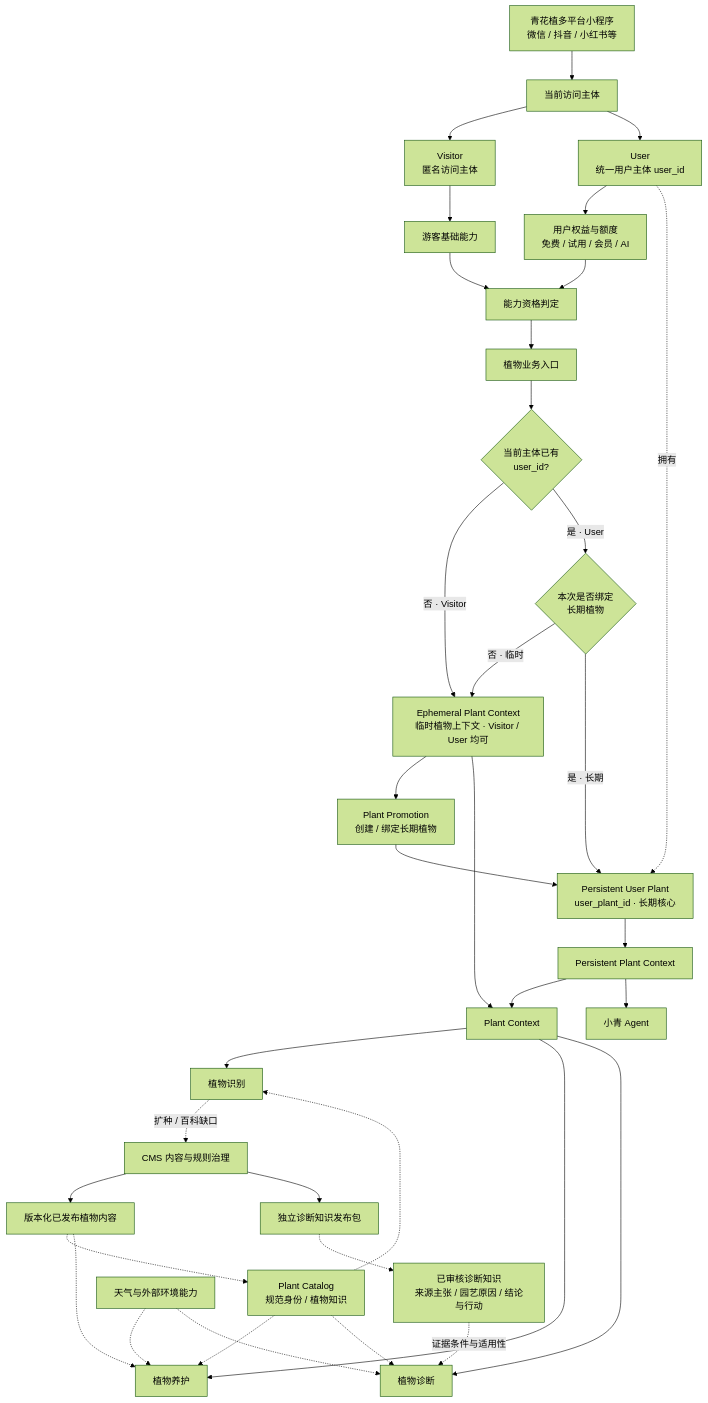
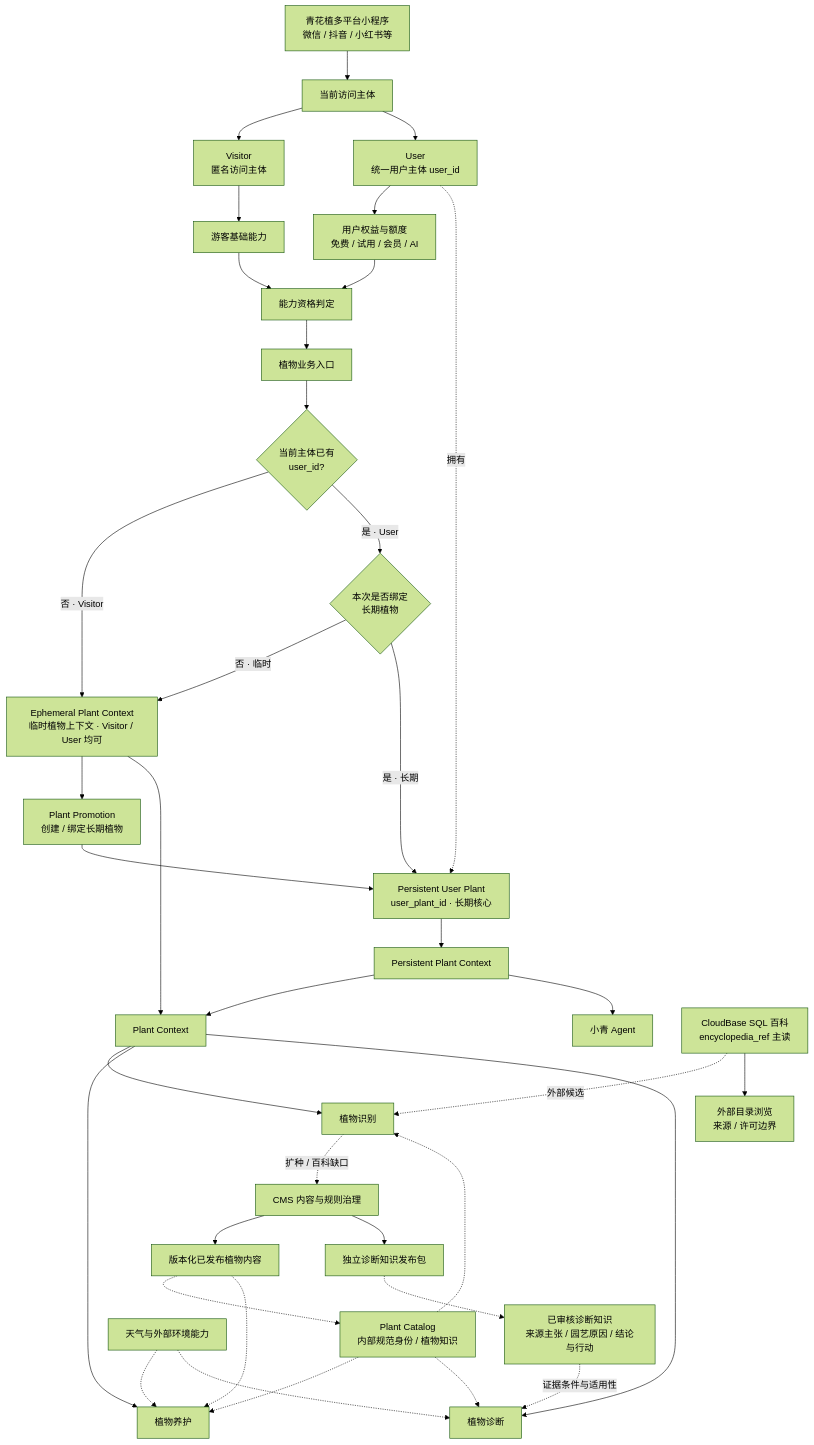
The second of 25 diagrams in docs/backend-v2/architecture/business-domain-layers.md (dang0705/planting), drawn with Mermaid (forest theme) before and after one commit. The commit also changed other lines of this file and 1047 other files, not shown here.

````diff
--- a/docs/backend-v2/architecture/business-domain-layers.md
+++ b/docs/backend-v2/architecture/business-domain-layers.md
@@ -64,64 +68,68 @@
 ```mermaid
 flowchart TB
   client["青花植多平台小程序<br/>微信 / 抖音 / 小红书等"]
   principal["当前访问主体"]
   visitor["Visitor<br/>匿名访问主体"]
   user["User<br/>统一用户主体 user_id"]
   vability["游客基础能力"]
   entitlement["用户权益与额度<br/>免费 / 试用 / 会员 / AI"]
   capability["能力资格判定"]
   entry["植物业务入口"]
   subjectGate{"当前主体已有<br/>user_id?"}
   mode{"本次是否绑定<br/>长期植物"}
   ephemeral["Ephemeral Plant Context<br/>临时植物上下文 · Visitor / User 均可"]
   promotion["Plant Promotion<br/>创建 / 绑定长期植物"]
   userplant["Persistent User Plant<br/>user_plant_id · 长期核心"]
   persistentctx["Persistent Plant Context"]
   runtime["Plant Context"]
   identify["植物识别"]
   care["植物养护"]
   diagnosis["植物诊断"]
   agent["小青 Agent"]
-  catalog["Plant Catalog<br/>规范身份 / 植物知识"]
+  catalog["Plant Catalog<br/>内部规范身份 / 植物知识"]
+  tropicals["CloudBase SQL 百科<br/>encyclopedia_ref 主读"]
+  extbrowse["外部目录浏览<br/>来源 / 许可边界"]
   weather["天气与外部环境能力"]
   cms["CMS 内容与规则治理"]
   published["版本化已发布植物内容"]
   diagpublished["独立诊断知识发布包"]
   diagknowledge["已审核诊断知识<br/>来源主张 / 园艺原因 / 结论与行动"]
 
   client --> principal
   principal --> visitor
   principal --> user
   visitor --> vability
   user --> entitlement
   vability --> capability
   entitlement --> capability
   capability --> entry
   entry --> subjectGate
   subjectGate -->|否 · Visitor| ephemeral
   subjectGate -->|是 · User| mode
   mode -->|否 · 临时| ephemeral
   mode -->|是 · 长期| userplant
   ephemeral --> promotion
   promotion --> userplant
   user -. "拥有" .-> userplant
   userplant --> persistentctx
   persistentctx --> runtime
   ephemeral --> runtime
   runtime --> identify
   runtime --> care
   runtime --> diagnosis
   identify -. "扩种 / 百科缺口" .-> cms
   persistentctx --> agent
   catalog -.-> identify
+  tropicals -. "外部候选" .-> identify
+  tropicals --> extbrowse
   catalog -.-> care
   catalog -.-> diagnosis
   weather -.-> care
   weather -.-> diagnosis
   cms --> published
   cms --> diagpublished
   published -.-> catalog
   published -.-> care
   diagpublished -.-> diagknowledge
   diagknowledge -. "证据条件与适用性" .-> diagnosis
 ```
````
